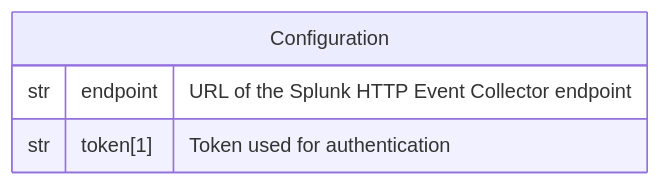
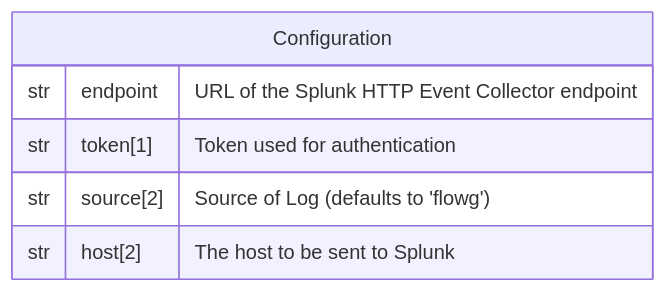
The diagram in website/docs/technical/forwarders/splunk.md (link-society/flowg), drawn with Mermaid before and after one commit. The commit also changed other lines of this file, not shown here.

Commit message:
:memo: Update documentation for Splunk forwarder

````diff
--- a/website/docs/technical/forwarders/splunk.md
+++ b/website/docs/technical/forwarders/splunk.md
@@ -11,9 +11,11 @@
 ```mermaid
 erDiagram
   direction LR
 
   Configuration {
     str endpoint "URL of the Splunk HTTP Event Collector endpoint"
     str token[1] "Token used for authentication"
+    str source[2] "Source of Log (defaults to 'flowg')"
+    str host[2] "The host to be sent to Splunk"
   }
 ```
````
